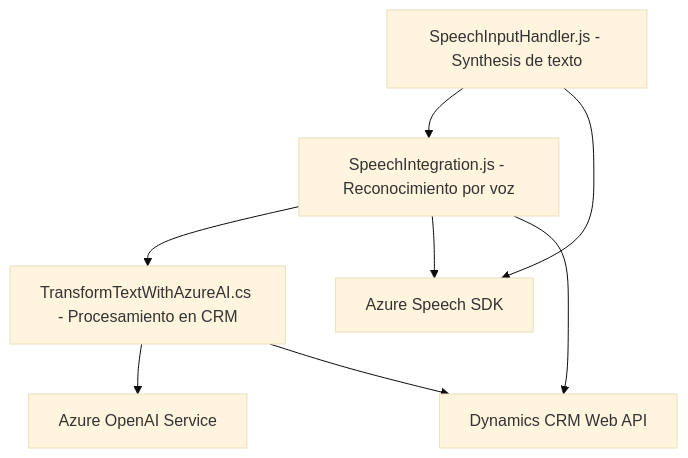
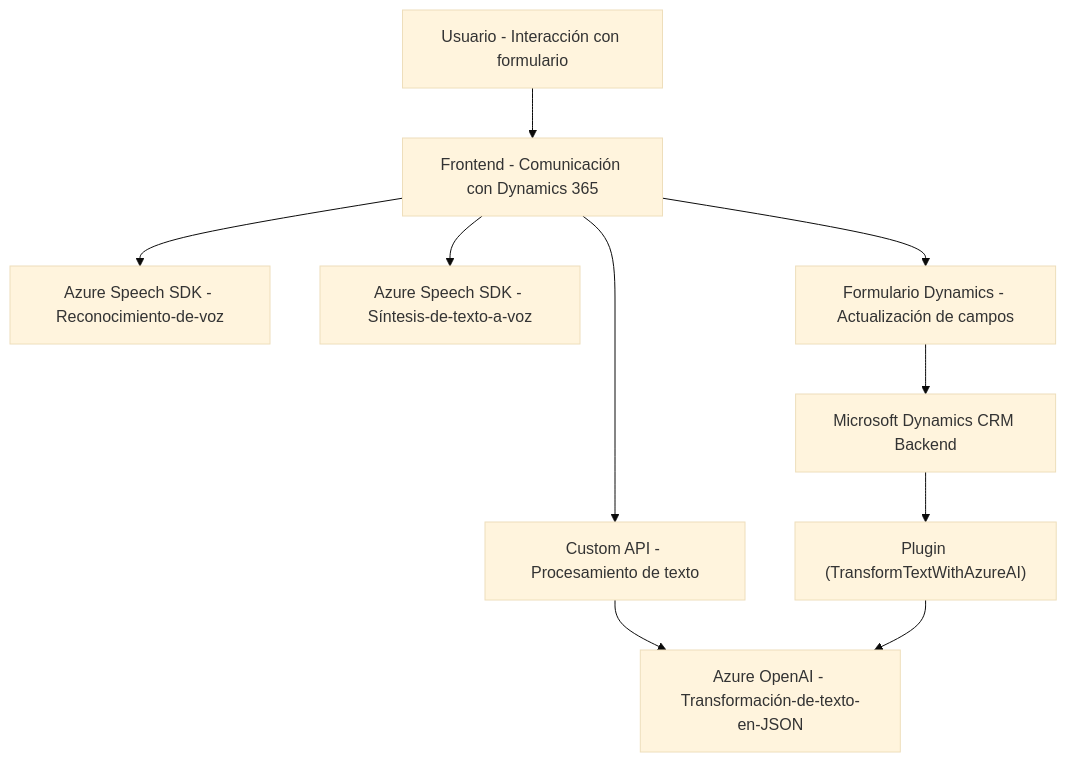
Before and after one commit to blopezdm/NETCORE_BILBAO2025: the diagram in README.md, drawn with Mermaid (base theme). The commit also changed other lines of this file, not shown here.

Commit message:
Actualizar análisis global de la solución con IA

````diff
--- a/README.md
+++ b/README.md
@@ -51,10 +33,12 @@
 ```mermaid
 graph TD
-    SpeechInputHandler["SpeechInputHandler.js - Synthesis de texto"] --> SpeechIntegration["SpeechIntegration.js - Reconocimiento por voz"]
-    SpeechIntegration --> Plugins["TransformTextWithAzureAI.cs - Procesamiento en CRM"]
-    SpeechInputHandler --> AzureSpeech["Azure Speech SDK"]
-    SpeechIntegration --> AzureSpeech
-    Plugins --> AzureOpenAI["Azure OpenAI Service"]
-    SpeechIntegration --> DynamicsWebAPI["Dynamics CRM Web API"]
-    Plugins --> DynamicsWebAPI
+    A["Usuario - Interacción con formulario"] --> B["Frontend - Comunicación con Dynamics 365"]
+    B --> C["Azure Speech SDK - Reconocimiento-de-voz"]
+    B --> D["Azure Speech SDK - Síntesis-de-texto-a-voz"]
+    B --> E["Custom API - Procesamiento de texto"]
+    B --> F["Formulario Dynamics - Actualización de campos"]
+    E --> G["Azure OpenAI - Transformación-de-texto-en-JSON"]
+    F --> H["Microsoft Dynamics CRM Backend"]
+    H --> I["Plugin (TransformTextWithAzureAI)"]
+    I --> G
 ```
````
